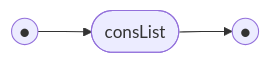
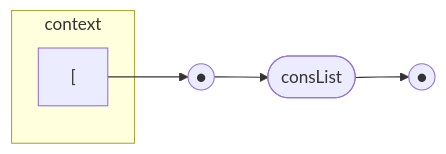
One commit to billhails/CEKF changed diagram 47 of 59 in docs/railroad.md. Above: the diagram before and after it, drawn with Mermaid. The commit also changed other lines of this file and 4 other files, not shown here.

````diff
--- a/docs/railroad.md
+++ b/docs/railroad.md
@@ -689,6 +728,9 @@
 ```mermaid
 flowchart LR
 s(("●"))
 e(("●"))
-s --> cons([consList]) --> e
+subgraph context
+lsq["["]
+end
+lsq --> s --> cons([consList]) --> e
 ```
````
